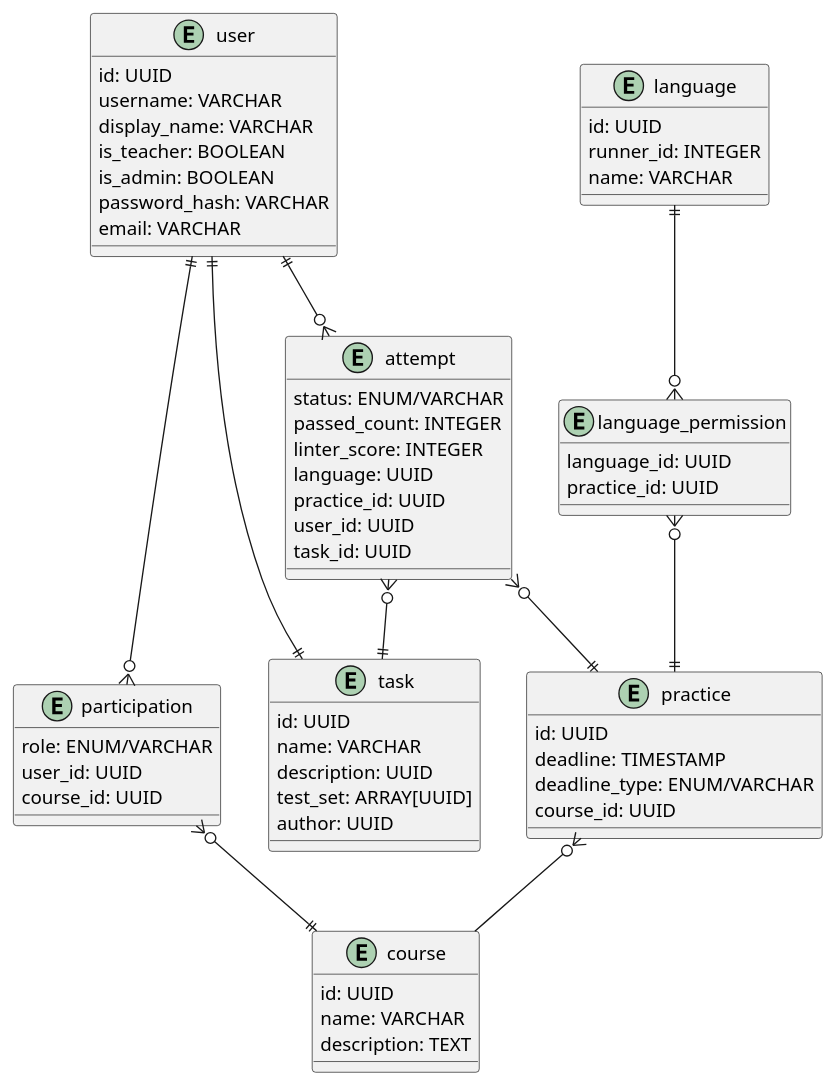
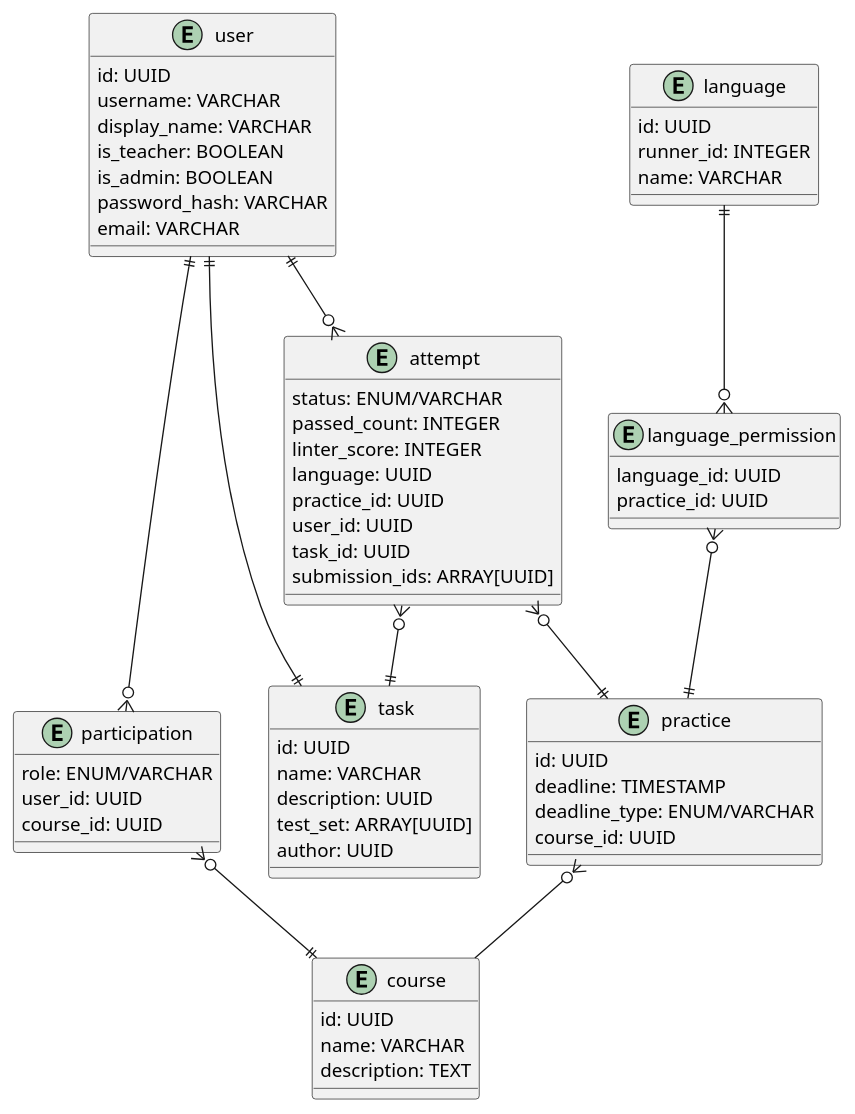
The diagram in doc/entity-relationship.puml (AKovalyuk/automated-lab-testing-sibfu-backend), drawn with PlantUML before and after one commit.

Commit message:
Fix ER-diagram

```diff
--- a/doc/entity-relationship.puml
+++ b/doc/entity-relationship.puml
@@ -1,71 +1,72 @@
 @startuml
 
 entity user {
     id: UUID
     username: VARCHAR
     display_name: VARCHAR
     is_teacher: BOOLEAN
     is_admin: BOOLEAN
     password_hash: VARCHAR
     email: VARCHAR
 }
 
 entity participation {
     role: ENUM/VARCHAR
     user_id: UUID
     course_id: UUID
 }
 
 entity course {
     id: UUID
     name: VARCHAR
     description: TEXT
 }
 
 entity task {
     id: UUID
     name: VARCHAR
     description: UUID
     test_set: ARRAY[UUID]
     author: UUID
 }
 
 entity practice {
     id: UUID
     deadline: TIMESTAMP
     deadline_type: ENUM/VARCHAR
     course_id: UUID
 }
 
 entity attempt {
     status: ENUM/VARCHAR
     passed_count: INTEGER
     linter_score: INTEGER
     language: UUID
     practice_id: UUID
     user_id: UUID
     task_id: UUID
+    submission_ids: ARRAY[UUID]
 }
 
 entity language {
     id: UUID
     runner_id: INTEGER
     name: VARCHAR
 }
 
 entity language_permission {
     language_id: UUID
     practice_id: UUID
 }
 
 user ||--o{ attempt
 attempt }o--|| task
 attempt }o--|| practice
 user ||--o{ participation
 participation }o--|| course
 practice }o-- course
 user ||--|| task
 language ||--o{ language_permission
 language_permission }o--|| practice
 
 @enduml
```
